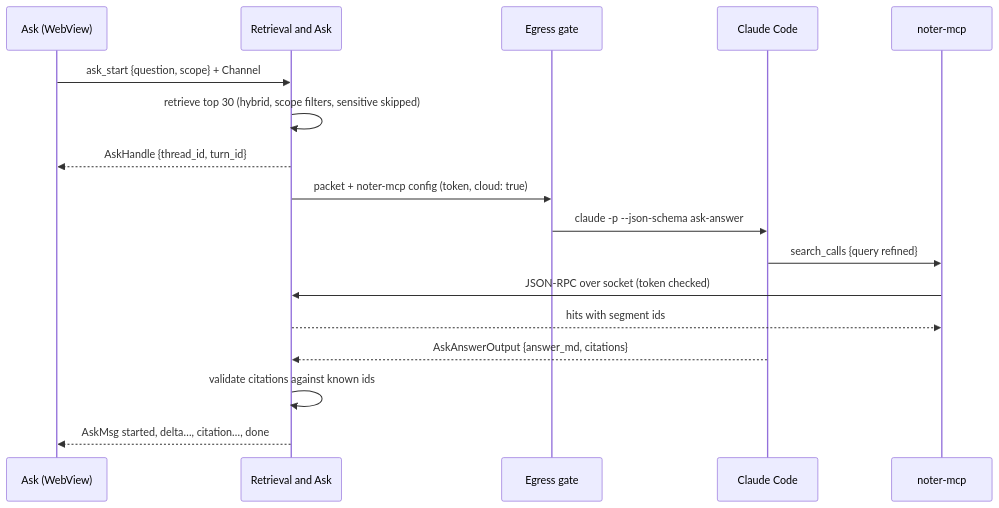
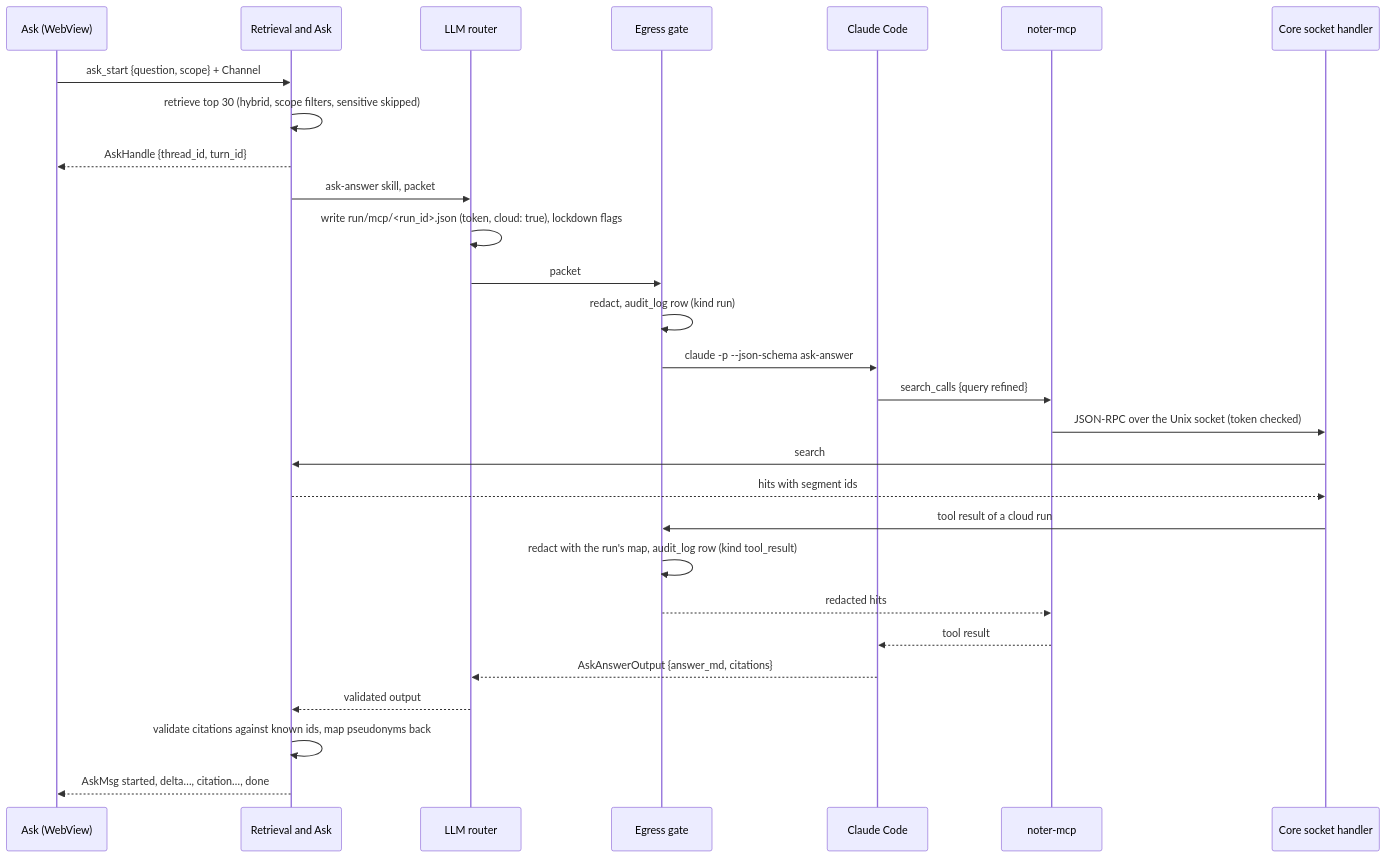
The ninth of 13 diagrams in docs/DESIGN-core.md (getahead/noter), drawn with Mermaid before and after one commit. The commit also changed other lines of this file and 81 other files, not shown here.

````diff
--- a/docs/DESIGN-core.md
+++ b/docs/DESIGN-core.md
@@ -1592,19 +1744,30 @@
 ```mermaid
 sequenceDiagram
     participant M as Ask (WebView)
     participant A as Retrieval and Ask
+    participant Rt as LLM router
     participant G as Egress gate
     participant CC as Claude Code
     participant MCP as noter-mcp
+    participant SK as Core socket handler
     M->>A: ask_start {question, scope} + Channel
     A->>A: retrieve top 30 (hybrid, scope filters, sensitive skipped)
     A-->>M: AskHandle {thread_id, turn_id}
-    A->>G: packet + noter-mcp config (token, cloud: true)
+    A->>Rt: ask-answer skill, packet
+    Rt->>Rt: write run/mcp/<run_id>.json (token, cloud: true), lockdown flags
+    Rt->>G: packet
+    G->>G: redact, audit_log row (kind run)
     G->>CC: claude -p --json-schema ask-answer
     CC->>MCP: search_calls {query refined}
-    MCP->>A: JSON-RPC over socket (token checked)
-    A-->>MCP: hits with segment ids
-    CC-->>A: AskAnswerOutput {answer_md, citations}
-    A->>A: validate citations against known ids
+    MCP->>SK: JSON-RPC over the Unix socket (token checked)
+    SK->>A: search
+    A-->>SK: hits with segment ids
+    SK->>G: tool result of a cloud run
+    G->>G: redact with the run's map, audit_log row (kind tool_result)
+    G-->>MCP: redacted hits
+    MCP-->>CC: tool result
+    CC-->>Rt: AskAnswerOutput {answer_md, citations}
+    Rt-->>A: validated output
+    A->>A: validate citations against known ids, map pseudonyms back
     A-->>M: AskMsg started, delta…, citation…, done
 ```
````
